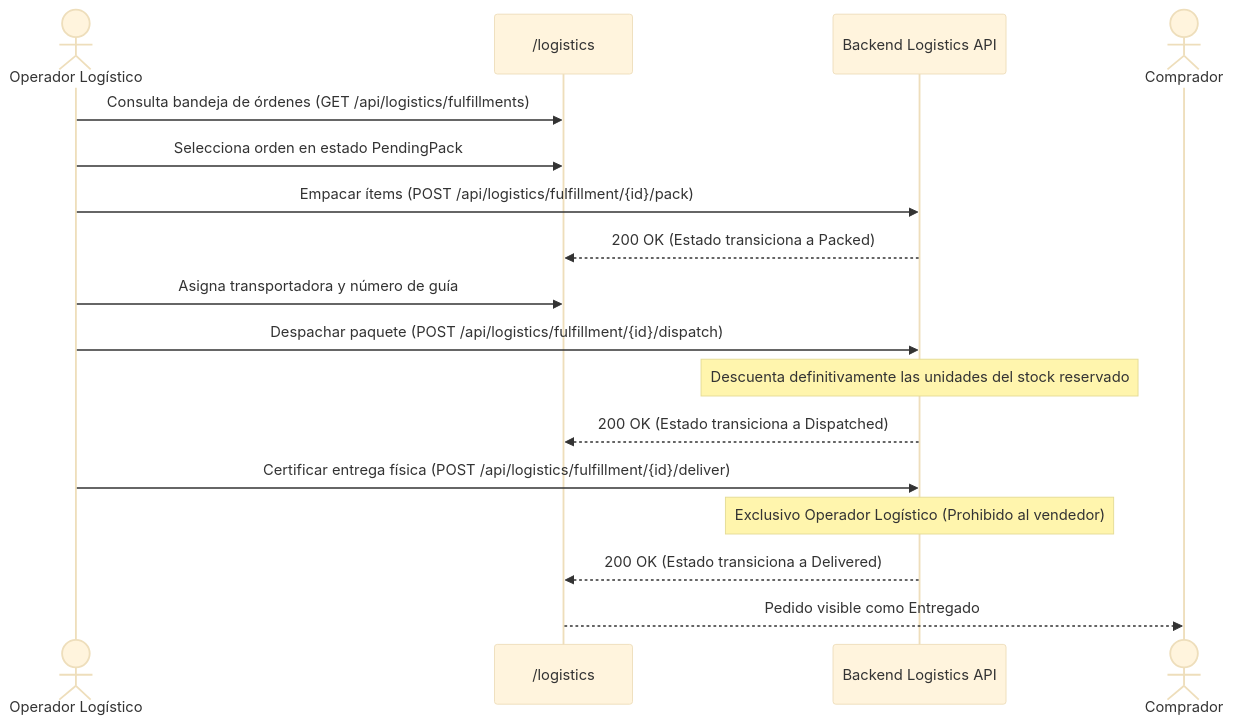
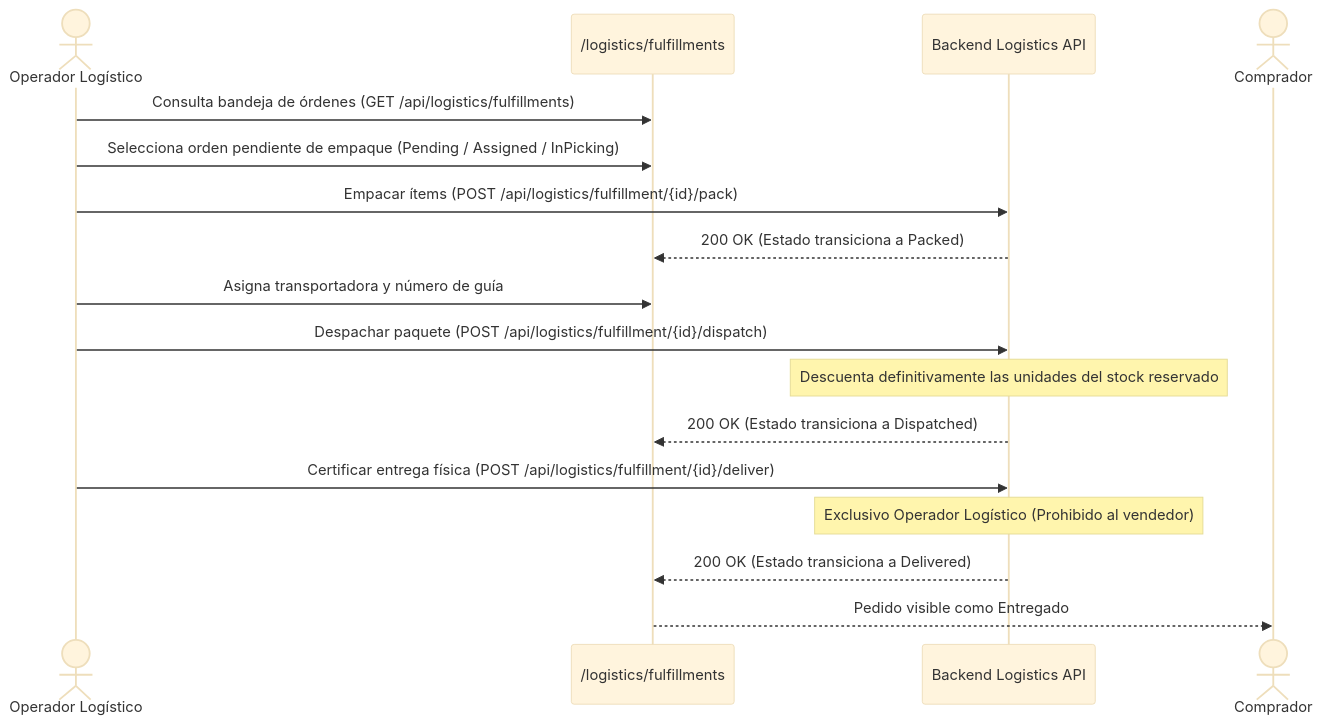
The third of 4 diagrams in frontendSDD/Frontend-User-Flows.md (D-MachadoDev/Zentric), drawn with Mermaid (base theme) before and after one commit. The commit also changed other lines of this file and 12 other files, not shown here.

````diff
--- a/frontendSDD/Frontend-User-Flows.md
+++ b/frontendSDD/Frontend-User-Flows.md
@@ -114,20 +114,20 @@
 ```mermaid
 sequenceDiagram
     actor Operador as Operador Logístico
-    participant Vista as /logistics
+    participant Vista as /logistics/fulfillments
     participant API as Backend Logistics API
     actor Comprador
 
     Operador->>Vista: Consulta bandeja de órdenes (GET /api/logistics/fulfillments)
-    Operador->>Vista: Selecciona orden en estado PendingPack
+    Operador->>Vista: Selecciona orden pendiente de empaque (Pending / Assigned / InPicking)
     Operador->>API: Empacar ítems (POST /api/logistics/fulfillment/{id}/pack)
     API-->>Vista: 200 OK (Estado transiciona a Packed)
     Operador->>Vista: Asigna transportadora y número de guía
     Operador->>API: Despachar paquete (POST /api/logistics/fulfillment/{id}/dispatch)
     Note over API: Descuenta definitivamente las unidades del stock reservado
     API-->>Vista: 200 OK (Estado transiciona a Dispatched)
     Operador->>API: Certificar entrega física (POST /api/logistics/fulfillment/{id}/deliver)
     Note over API: Exclusivo Operador Logístico (Prohibido al vendedor)
     API-->>Vista: 200 OK (Estado transiciona a Delivered)
     Vista-->>Comprador: Pedido visible como Entregado
 ```
````
